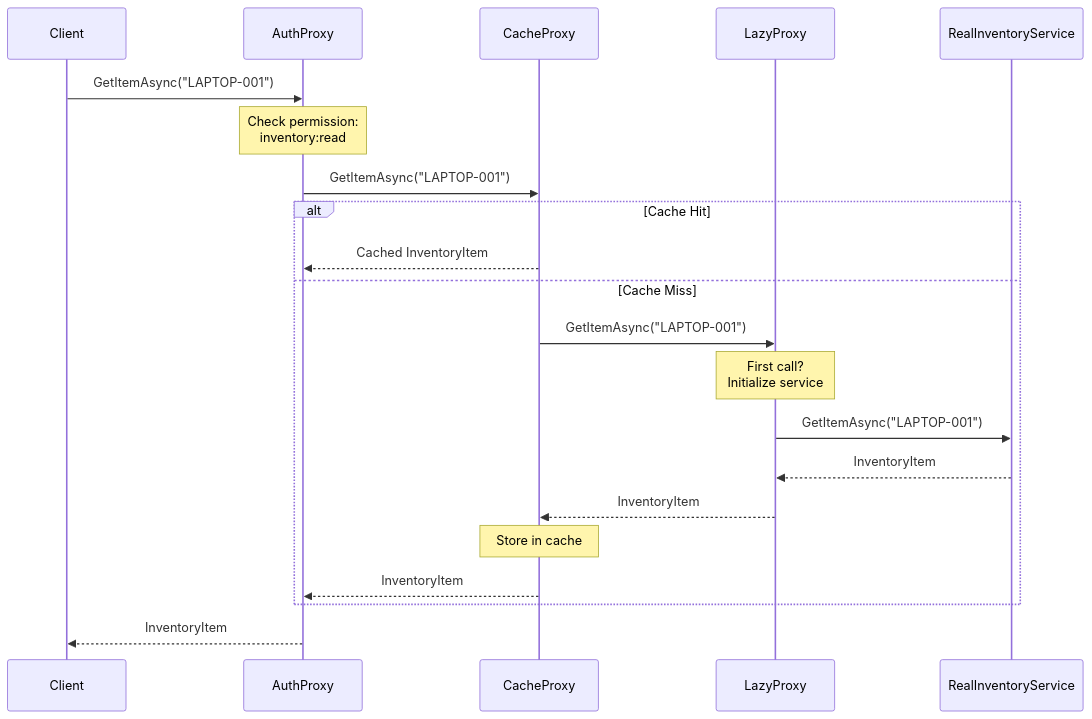
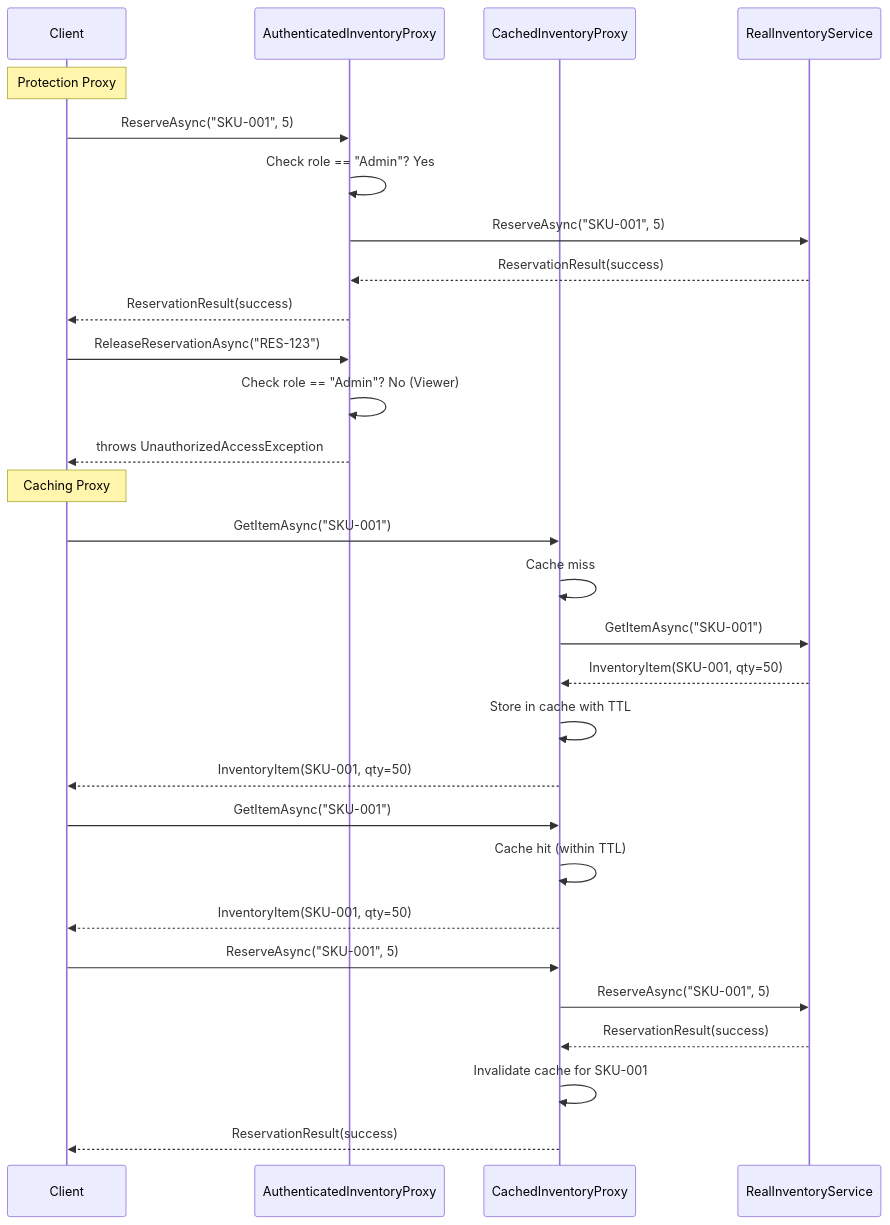
Before and after one commit to senapatisantosh/DotnetAdvanceDesignPattern: the second of 2 diagrams in src/DesignPatterns.Structural/Proxy/README.md, drawn with Mermaid. The commit also changed other lines of this file and 3 other files, not shown here.

````diff
--- a/src/DesignPatterns.Structural/Proxy/README.md
+++ b/src/DesignPatterns.Structural/Proxy/README.md
@@ -147,24 +136,36 @@
 ```mermaid
 sequenceDiagram
     participant Client
-    participant Auth as AuthProxy
-    participant Cache as CacheProxy
-    participant Lazy as LazyProxy
+    participant Auth as AuthenticatedInventoryProxy
+    participant Cache as CachedInventoryProxy
     participant Real as RealInventoryService
 
-    Client->>Auth: GetItemAsync("LAPTOP-001")
-    Note over Auth: Check permission:<br/>inventory:read
-    Auth->>Cache: GetItemAsync("LAPTOP-001")
-    alt Cache Hit
-        Cache-->>Auth: Cached InventoryItem
-    else Cache Miss
-        Cache->>Lazy: GetItemAsync("LAPTOP-001")
-        Note over Lazy: First call?<br/>Initialize service
-        Lazy->>Real: GetItemAsync("LAPTOP-001")
-        Real-->>Lazy: InventoryItem
-        Lazy-->>Cache: InventoryItem
-        Note over Cache: Store in cache
-        Cache-->>Auth: InventoryItem
-    end
-    Auth-->>Client: InventoryItem
+    Note over Client: Protection Proxy
+    Client->>Auth: ReserveAsync("SKU-001", 5)
+    Auth->>Auth: Check role == "Admin"? Yes
+    Auth->>Real: ReserveAsync("SKU-001", 5)
+    Real-->>Auth: ReservationResult(success)
+    Auth-->>Client: ReservationResult(success)
+
+    Client->>Auth: ReleaseReservationAsync("RES-123")
+    Auth->>Auth: Check role == "Admin"? No (Viewer)
+    Auth-->>Client: throws UnauthorizedAccessException
+
+    Note over Client: Caching Proxy
+    Client->>Cache: GetItemAsync("SKU-001")
+    Cache->>Cache: Cache miss
+    Cache->>Real: GetItemAsync("SKU-001")
+    Real-->>Cache: InventoryItem(SKU-001, qty=50)
+    Cache->>Cache: Store in cache with TTL
+    Cache-->>Client: InventoryItem(SKU-001, qty=50)
+
+    Client->>Cache: GetItemAsync("SKU-001")
+    Cache->>Cache: Cache hit (within TTL)
+    Cache-->>Client: InventoryItem(SKU-001, qty=50)
+
+    Client->>Cache: ReserveAsync("SKU-001", 5)
+    Cache->>Real: ReserveAsync("SKU-001", 5)
+    Real-->>Cache: ReservationResult(success)
+    Cache->>Cache: Invalidate cache for SKU-001
+    Cache-->>Client: ReservationResult(success)
 ```
````
